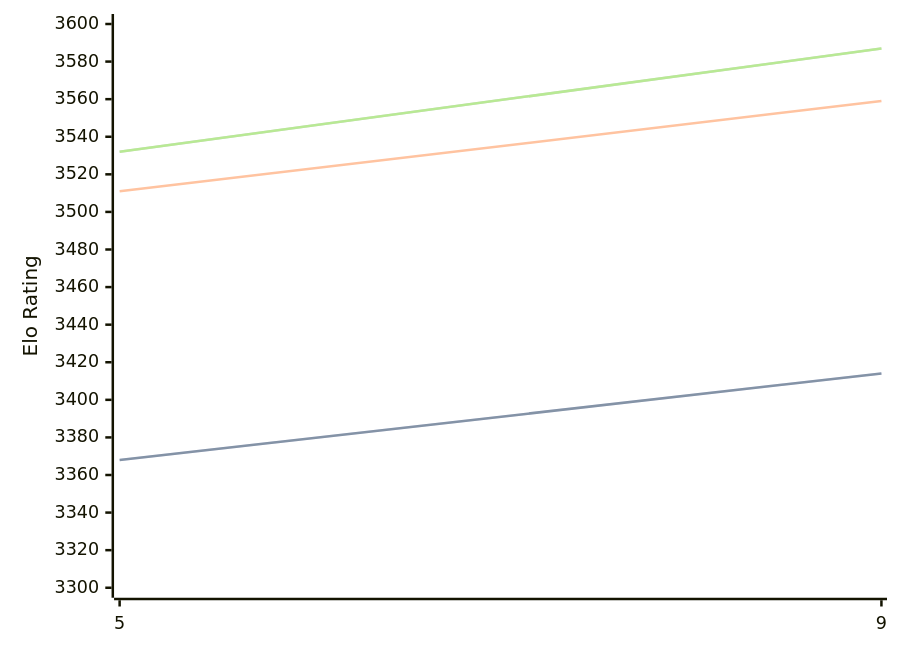
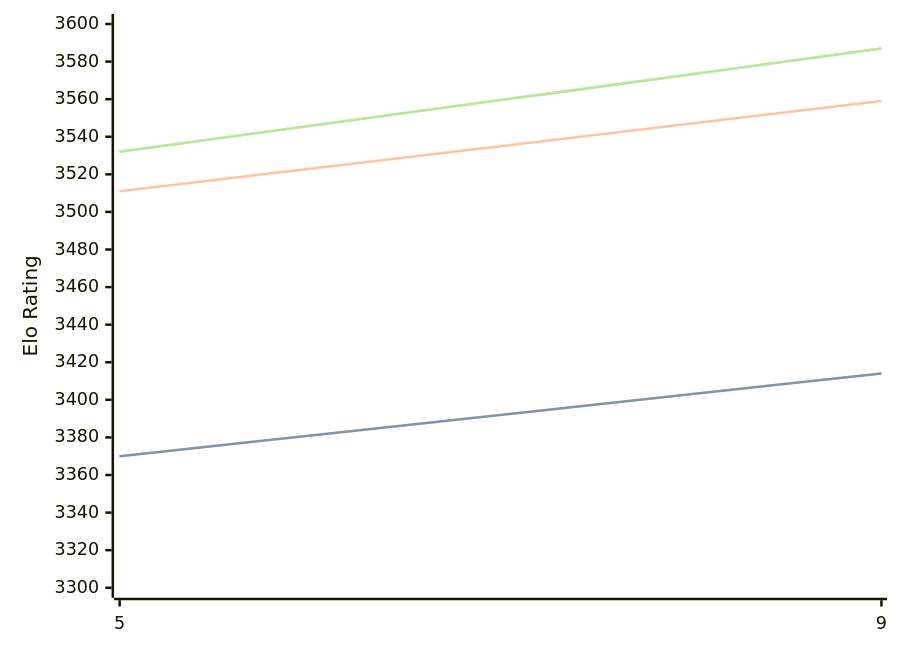
Before and after one commit to computer-chess-index/cci: the diagram in engines/Crystal.md, drawn with Mermaid. The commit also changed other lines of this file, not shown here.

````diff
--- a/engines/Crystal.md
+++ b/engines/Crystal.md
@@ -60,11 +60,11 @@
 ```mermaid
 %%{init: {"theme":"base","themeVariables":{"seriesColors:['#a3a3a3','#222221','#faa371']}}}%%
 xychart-beta
   x-axis ["5", "9"]
   y-axis "Elo Rating" 3300 --> 3600
-  line "STC (8.0+0.08s)" [3368, 3414]
-  line "STC (8.0+0.08s)" [3368, 3414]
+  line "STC (8.0+0.08s)" [3370, 3414]
+  line "STC (8.0+0.08s)" [3370, 3414]
   line "LTC (60.0+0.60s)" [3511, 3559]
   line "VLTC (2m24s+1.12s)" [3532, 3587]
   line "VLTC (2m24s+1.12s)" [3532, 3587]
 ```
````
